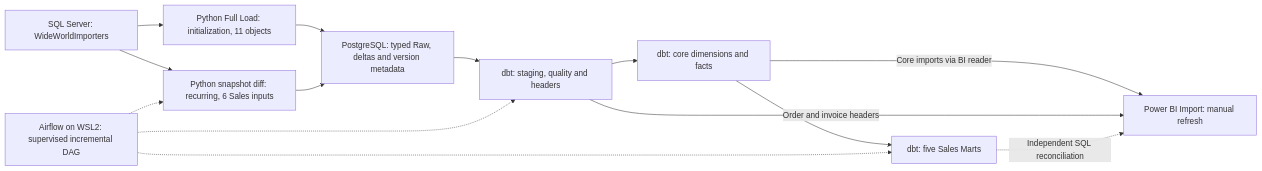
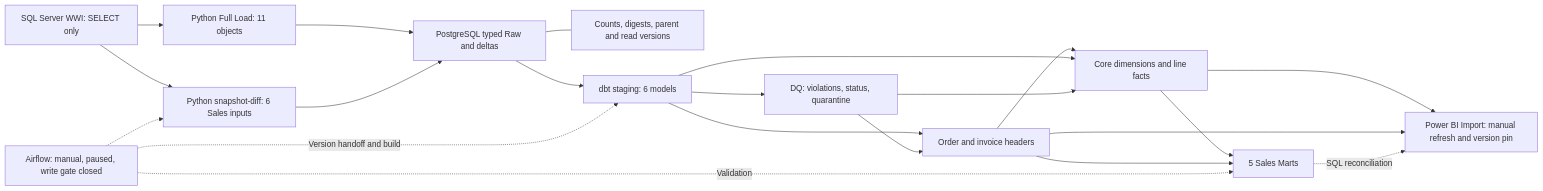
Before and after one commit to Tphuonggggg/retail-data-platform: the diagram in README.md, drawn with Mermaid. The commit also changed other lines of this file and 6 other files, not shown here.

````diff
--- a/README.md
+++ b/README.md
@@ -13,21 +19,31 @@
 ```mermaid
 flowchart LR
-    WWI["SQL Server: WideWorldImporters"]
-    Full["Python Full Load: initialization, 11 objects"]
-    Incr["Python snapshot diff: recurring, 6 Sales inputs"]
-    Raw["PostgreSQL: typed Raw, deltas and version metadata"]
-    Stage["dbt: staging, quality and headers"]
-    Core["dbt: core dimensions and facts"]
-    Marts["dbt: five Sales Marts"]
-    BI["Power BI Import: manual refresh"]
-    AF["Airflow on WSL2: supervised incremental DAG"]
-    WWI --> Full --> Raw
-    WWI --> Incr --> Raw
-    Raw --> Stage --> Core --> Marts
-    Core -->|"Core imports via BI reader"| BI
-    Stage -->|"Order and invoice headers"| BI
-    Marts -.->|"Independent SQL reconciliation"| BI
-    AF -.-> Incr
-    AF -.-> Stage
-    AF -.-> Marts
+    Source["SQL Server WWI: SELECT only"]
+    Full["Python Full Load: 11 objects"]
+    Incremental["Python snapshot-diff: 6 Sales inputs"]
+    Raw["PostgreSQL typed Raw and deltas"]
+    Metadata["Counts, digests, parent and read versions"]
+    Staging["dbt staging: 6 models"]
+    DQ["DQ: violations, status, quarantine"]
+    Headers["Order and invoice headers"]
+    Core["Core dimensions and line facts"]
+    Marts["5 Sales Marts"]
+    BI["Power BI Import: manual refresh and version pin"]
+    AF["Airflow: manual, paused, write gate closed"]
+    Source --> Full --> Raw
+    Source --> Incremental --> Raw
+    Raw --- Metadata
+    Raw --> Staging --> DQ
+    Staging --> Headers --> Core
+    Staging --> Core
+    DQ --> Headers
+    DQ --> Core
+    Core --> Marts
+    Headers --> Marts
+    Core --> BI
+    Headers --> BI
+    Marts -.->|SQL reconciliation| BI
+    AF -.-> Incremental
+    AF -.->|Version handoff and build| Staging
+    AF -.->|Validation| Marts
 ```
````
